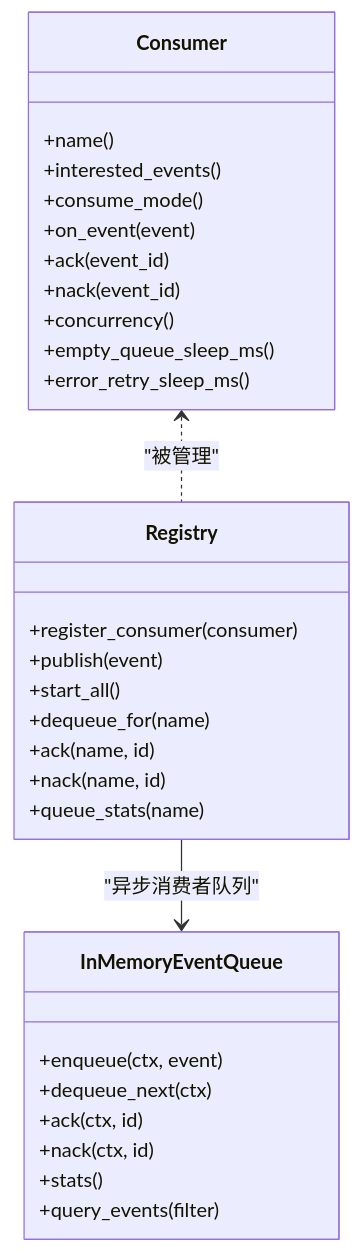
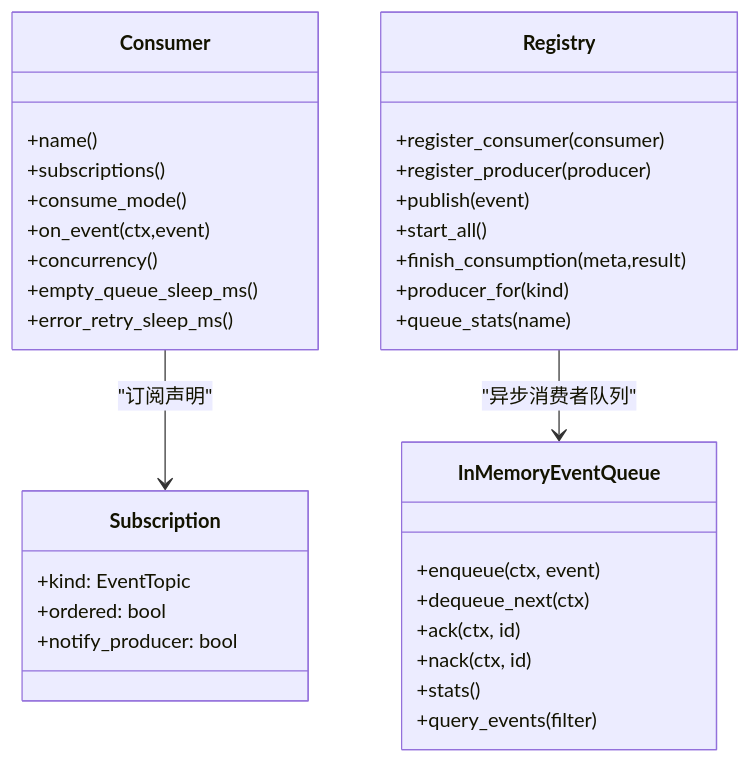
One commit to runningcoders/ai_orz changed the fourth of 4 diagrams in docs/wiki/zh/content/核心模块/AOP 事件系统/消费者框架/消费者框架.md. Above: the diagram before and after it, drawn with Mermaid. The commit also changed other lines of this file and 37 other files, not shown here.

````diff
--- a/docs/wiki/zh/content/核心模块/AOP 事件系统/消费者框架/消费者框架.md
+++ b/docs/wiki/zh/content/核心模块/AOP 事件系统/消费者框架/消费者框架.md
@@ -232,33 +241,36 @@
 ```mermaid
 classDiagram
 class Consumer {
 +name()
-+interested_events()
++subscriptions()
 +consume_mode()
-+on_event(event)
-+ack(event_id)
-+nack(event_id)
++on_event(ctx,event)
 +concurrency()
 +empty_queue_sleep_ms()
 +error_retry_sleep_ms()
 }
+class Subscription {
++kind: EventTopic
++ordered: bool
++notify_producer: bool
+}
 class Registry {
 +register_consumer(consumer)
++register_producer(producer)
 +publish(event)
 +start_all()
-+dequeue_for(name)
-+ack(name, id)
-+nack(name, id)
++finish_consumption(meta,result)
++producer_for(kind)
 +queue_stats(name)
 }
 class InMemoryEventQueue {
 +enqueue(ctx, event)
 +dequeue_next(ctx)
 +ack(ctx, id)
 +nack(ctx, id)
 +stats()
 +query_events(filter)
 }
-Consumer <.. Registry : "被管理"
+Consumer --> Subscription : "订阅声明"
 Registry --> InMemoryEventQueue : "异步消费者队列"
 ```
````
